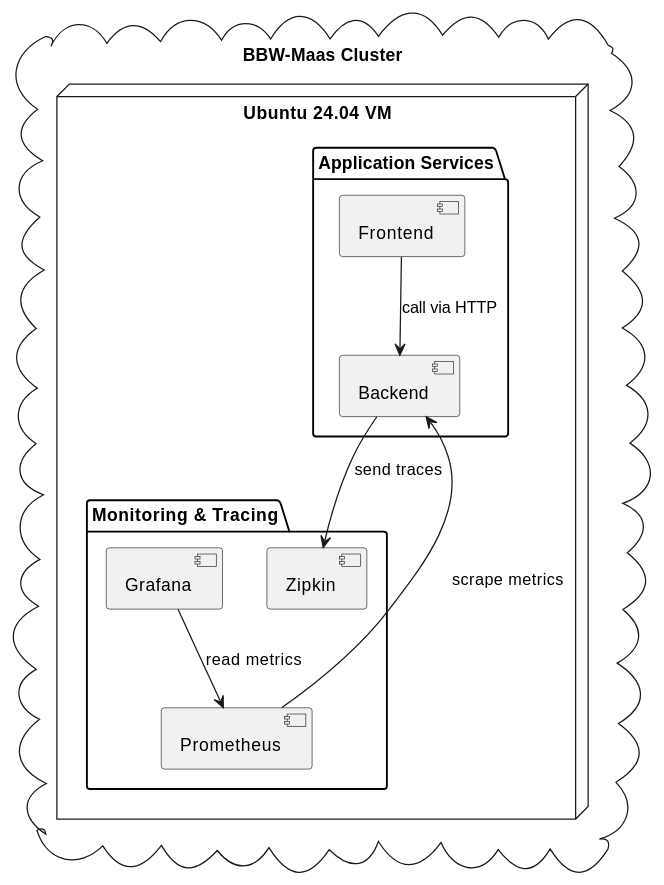
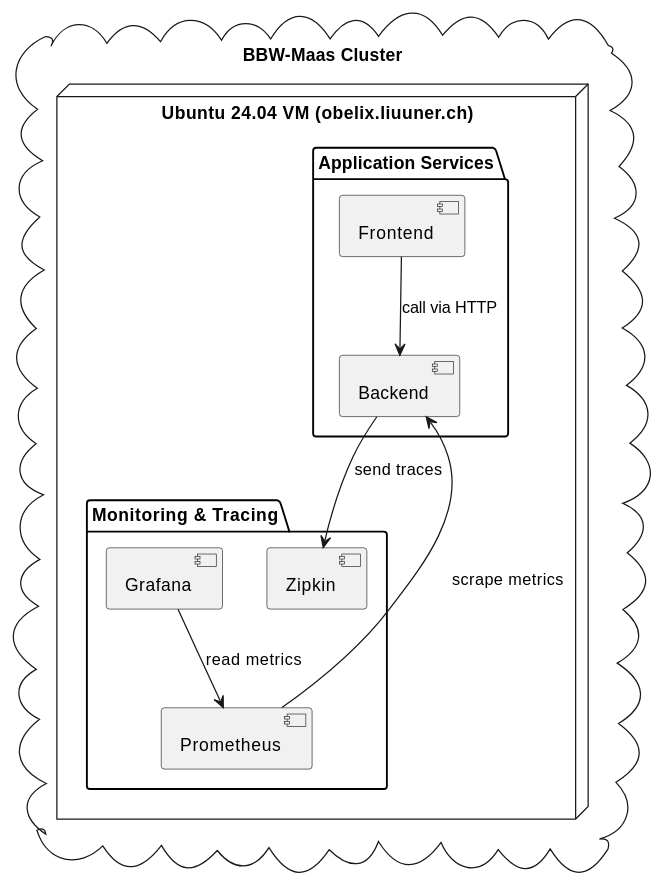
Before and after one commit to Juschwy/m321-obelix-webshop-mvk: the first of 2 diagrams in docs/arc42/07_deployment_view.adoc, drawn with PlantUML. The commit also changed other lines of this file and 7 other files, not shown here.

```diff
--- a/docs/arc42/07_deployment_view.adoc
+++ b/docs/arc42/07_deployment_view.adoc
@@ -18,22 +18,22 @@
 [plantuml, deployment-level1, svg]
 ----
 @startuml
 cloud "BBW-Maas Cluster" {
-  node "Ubuntu 24.04 VM" as vm {
+  node "Ubuntu 24.04 VM (obelix.liuuner.ch)" as vm {
     package "Application Services" {
       [Frontend]
       [Backend]
     }
     package "Monitoring & Tracing" {
       [Prometheus]
       [Zipkin]
       [Grafana]
     }
   }
 }
 [Frontend] --> [Backend] : call via HTTP
 [Prometheus] --> [Backend] : scrape metrics
 [Backend] --> [Zipkin] : send traces
 [Grafana] --> [Prometheus] : read metrics
 @enduml
 ----
```
